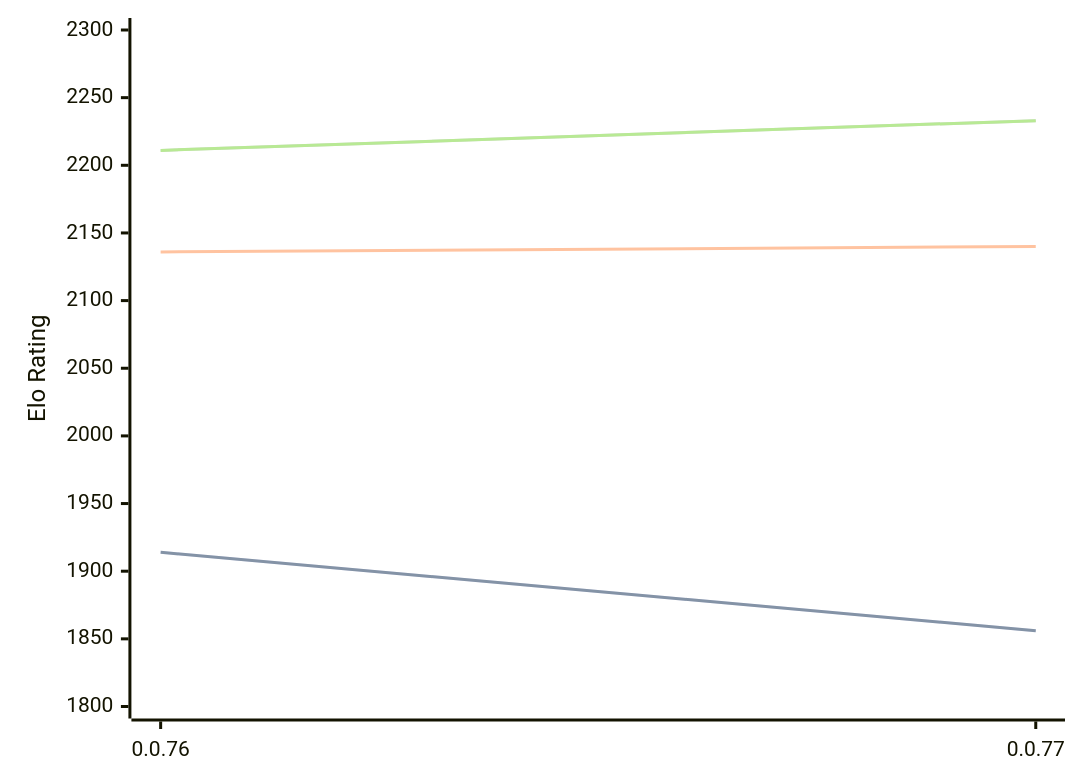
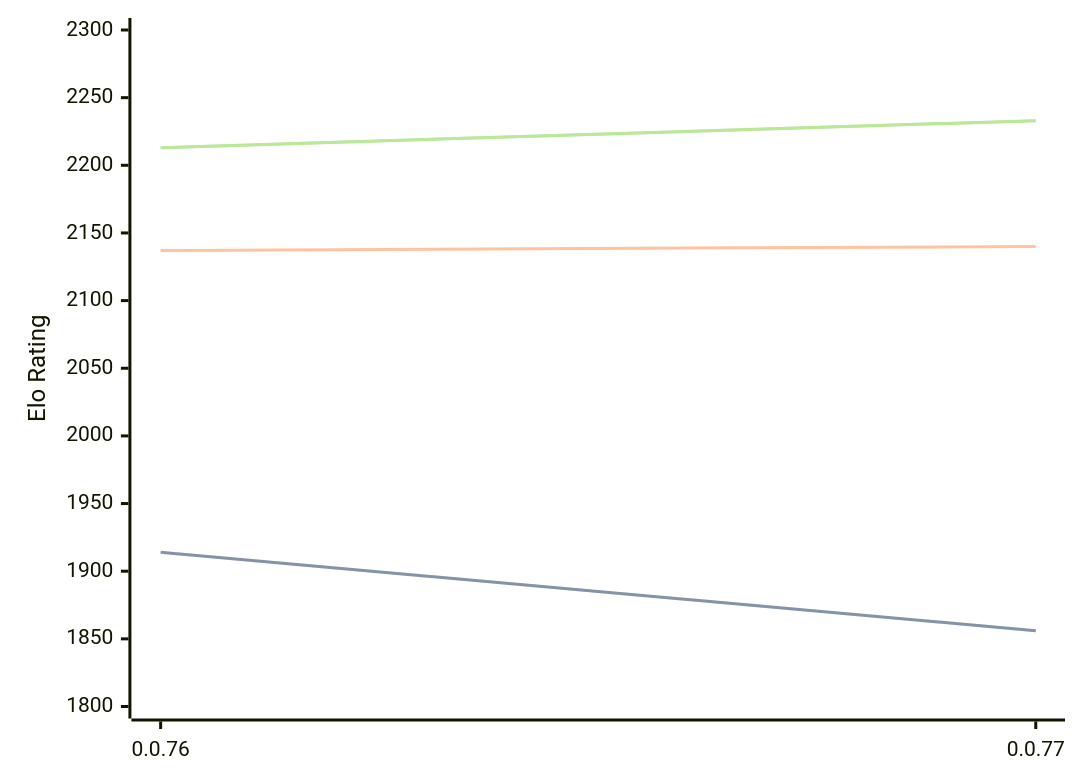
One commit to computer-chess-index/cci changed the diagram in engines/Fktb.md. Above: the diagram before and after it, drawn with Mermaid. The commit also changed other lines of this file, not shown here.

Commit message:
Update CCI Ratings (ELO VLTC) - 2026-09-01

````diff
--- a/engines/Fktb.md
+++ b/engines/Fktb.md
@@ -32,11 +32,11 @@
 ```mermaid
 %%{init: {"theme":"base","themeVariables":{"seriesColors:['#a3a3a3','#222221','#faa371']}}}%%
 xychart-beta
   x-axis ["0.0.76", "0.0.77"]
   y-axis "Elo Rating" 1800 --> 2300
   line "" [1914, 1856]
   line "STC (8.0+0.08s)" [1914, 1856]
-  line "LTC (60.0+0.60s)" [2136, 2140]
-  line "" [2211, 2233]
-  line "VLTC (2m24s+1.12s)" [2211, 2233]
+  line "LTC (60.0+0.60s)" [2137, 2140]
+  line "" [2213, 2233]
+  line "VLTC (2m24s+1.12s)" [2213, 2233]
 ```
````
